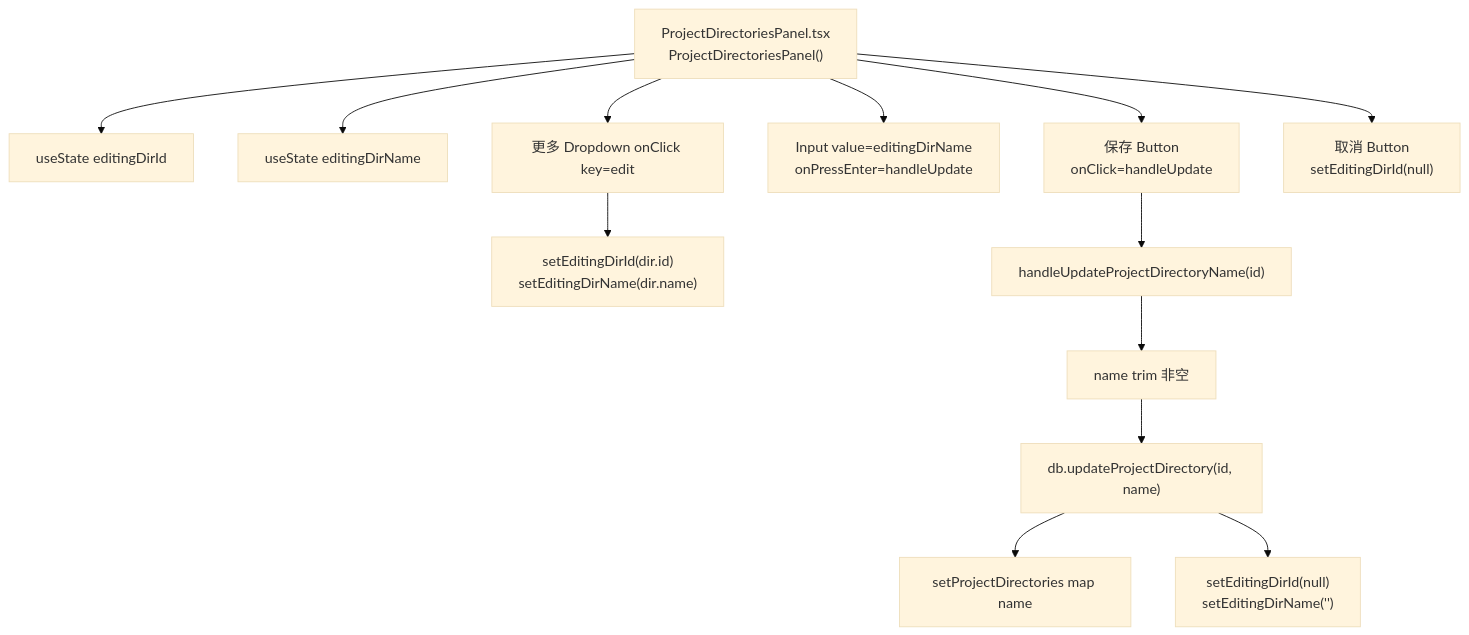
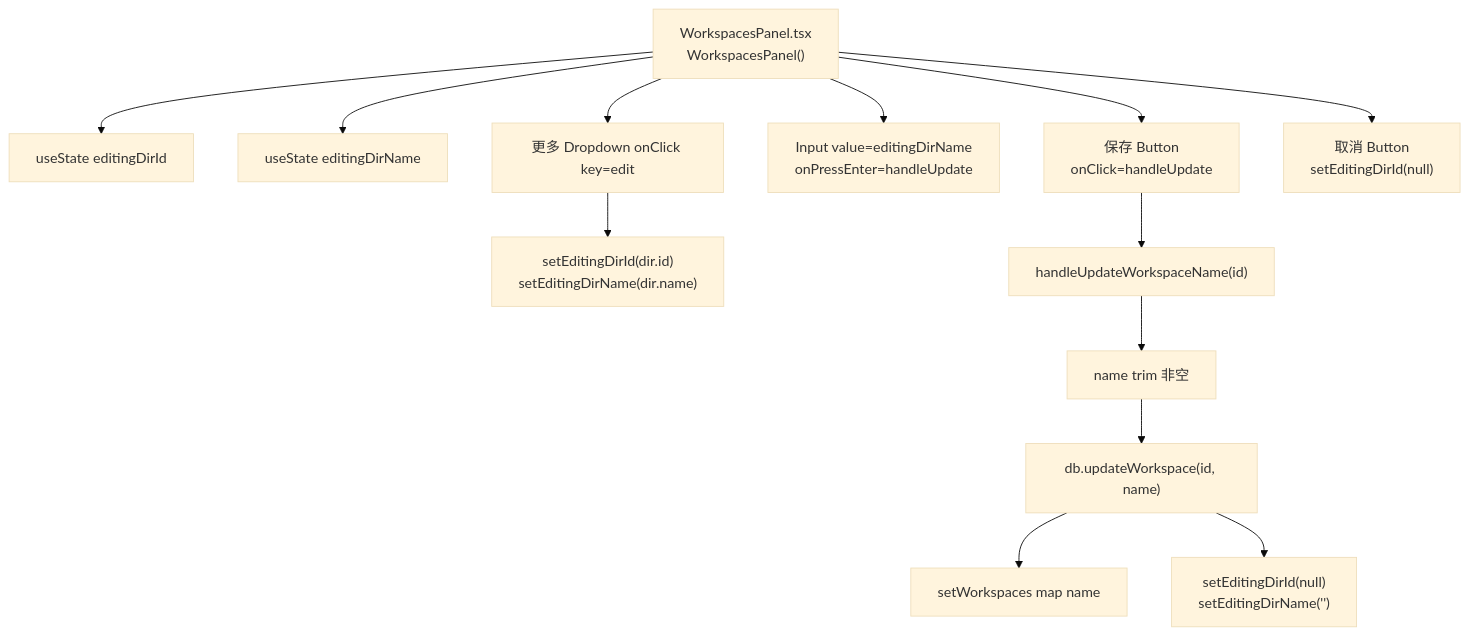
Before and after one commit to weibaohui/ntd: the second of 4 diagrams in frontend/src/help/pages/ws-rename.md, drawn with Mermaid (base theme). The commit also changed other lines of this file and 119 other files, not shown here.

````diff
--- a/frontend/src/help/pages/ws-rename.md
+++ b/frontend/src/help/pages/ws-rename.md
@@ -19,15 +19,15 @@
 ```mermaid
 flowchart TD
-  Panel["ProjectDirectoriesPanel.tsx<br>ProjectDirectoriesPanel()"] --> editingDirIdState["useState editingDirId"]
+  Panel["WorkspacesPanel.tsx<br>WorkspacesPanel()"] --> editingDirIdState["useState editingDirId"]
   Panel --> editingDirNameState["useState editingDirName"]
   Panel --> Dropdown["更多 Dropdown onClick key=edit"]
   Dropdown --> setEditingDir["setEditingDirId(dir.id)<br>setEditingDirName(dir.name)"]
   Panel --> EditInput["Input value=editingDirName<br>onPressEnter=handleUpdate"]
   Panel --> SaveBtn["保存 Button<br>onClick=handleUpdate"]
   Panel --> CancelBtn["取消 Button<br>setEditingDirId(null)"]
-  SaveBtn --> handleUpdateProjectDirectoryName["handleUpdateProjectDirectoryName(id)"]
-  handleUpdateProjectDirectoryName --> trimCheck["name trim 非空"]
-  trimCheck --> db1["db.updateProjectDirectory(id, name)"]
-  db1 --> setProjectDirectories["setProjectDirectories map name"]
+  SaveBtn --> handleUpdateWorkspaceName["handleUpdateWorkspaceName(id)"]
+  handleUpdateWorkspaceName --> trimCheck["name trim 非空"]
+  trimCheck --> db1["db.updateWorkspace(id, name)"]
+  db1 --> setWorkspaces["setWorkspaces map name"]
   db1 --> resetEdit["setEditingDirId(null)<br>setEditingDirName('')"]
 ```
````
